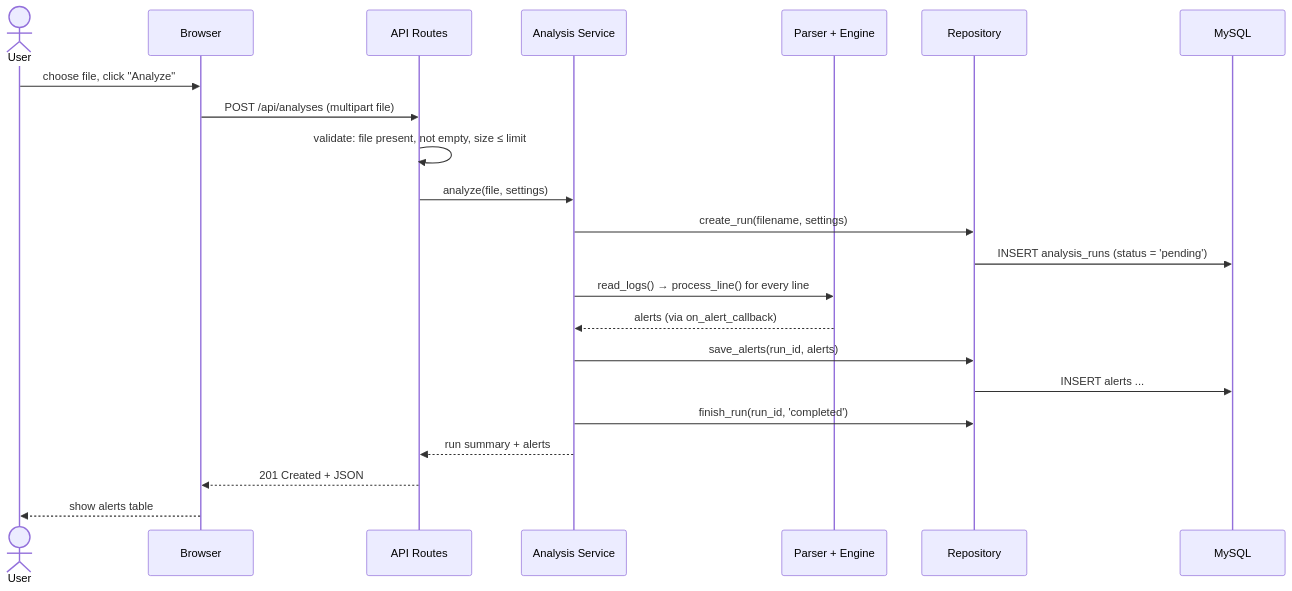
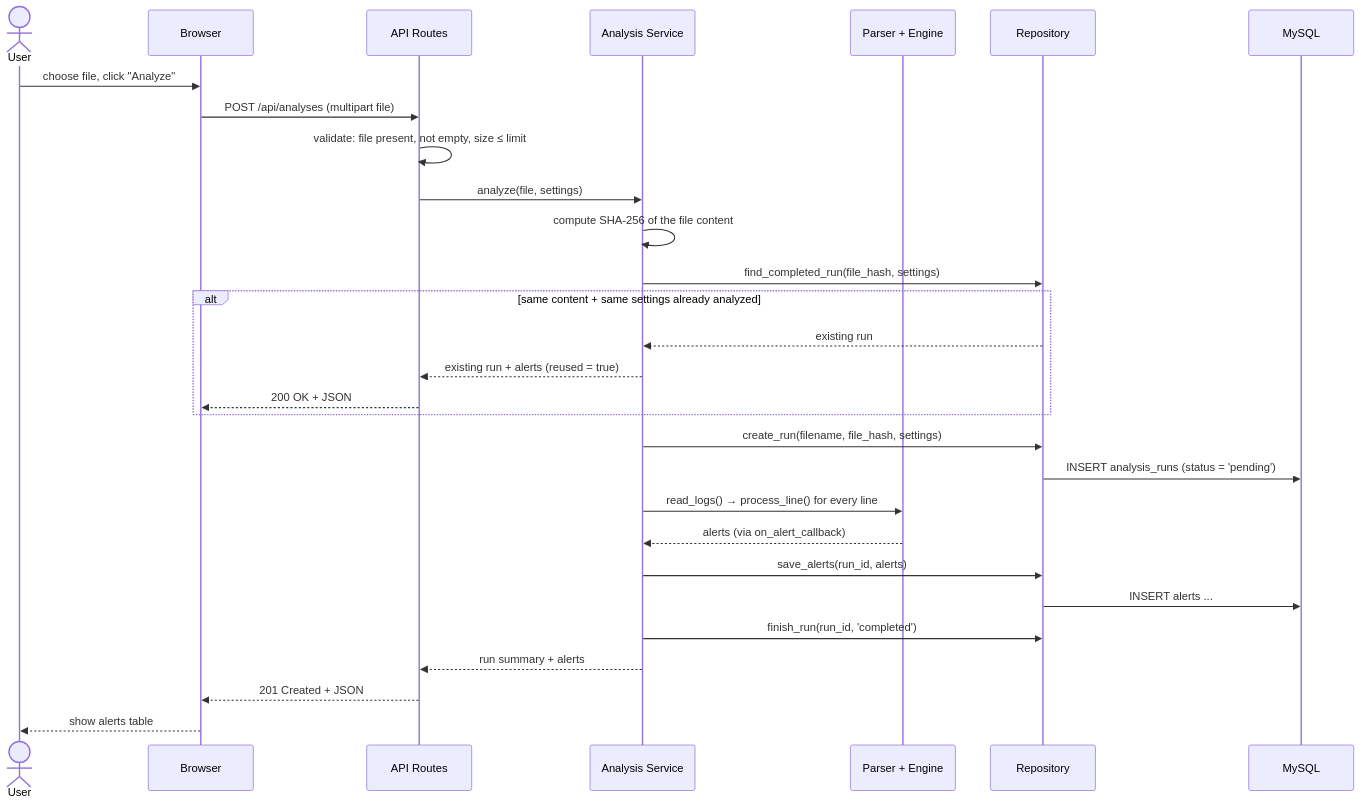
One commit to naamaovd-code/log-threat-analyzer changed the second of 3 diagrams in docs/DESIGN.md. Above: the diagram before and after it, drawn with Mermaid. The commit also changed other lines of this file, not shown here.

Commit message:
Design: record review decisions (cooldown, UTC, content hash for duplicate uploads)

````diff
--- a/docs/DESIGN.md
+++ b/docs/DESIGN.md
@@ -79,25 +80,32 @@
 ```mermaid
 sequenceDiagram
     actor User
     participant B as Browser
     participant A as API Routes
     participant S as Analysis Service
     participant E as Parser + Engine
     participant R as Repository
     participant DB as MySQL
 
     User->>B: choose file, click "Analyze"
     B->>A: POST /api/analyses (multipart file)
     A->>A: validate: file present, not empty, size ≤ limit
     A->>S: analyze(file, settings)
-    S->>R: create_run(filename, settings)
+    S->>S: compute SHA-256 of the file content
+    S->>R: find_completed_run(file_hash, settings)
+    alt same content + same settings already analyzed
+        R-->>S: existing run
+        S-->>A: existing run + alerts (reused = true)
+        A-->>B: 200 OK + JSON
+    end
+    S->>R: create_run(filename, file_hash, settings)
     R->>DB: INSERT analysis_runs (status = 'pending')
     S->>E: read_logs() → process_line() for every line
     E-->>S: alerts (via on_alert_callback)
     S->>R: save_alerts(run_id, alerts)
     R->>DB: INSERT alerts ...
     S->>R: finish_run(run_id, 'completed')
     S-->>A: run summary + alerts
     A-->>B: 201 Created + JSON
     B-->>User: show alerts table
 ```
````
